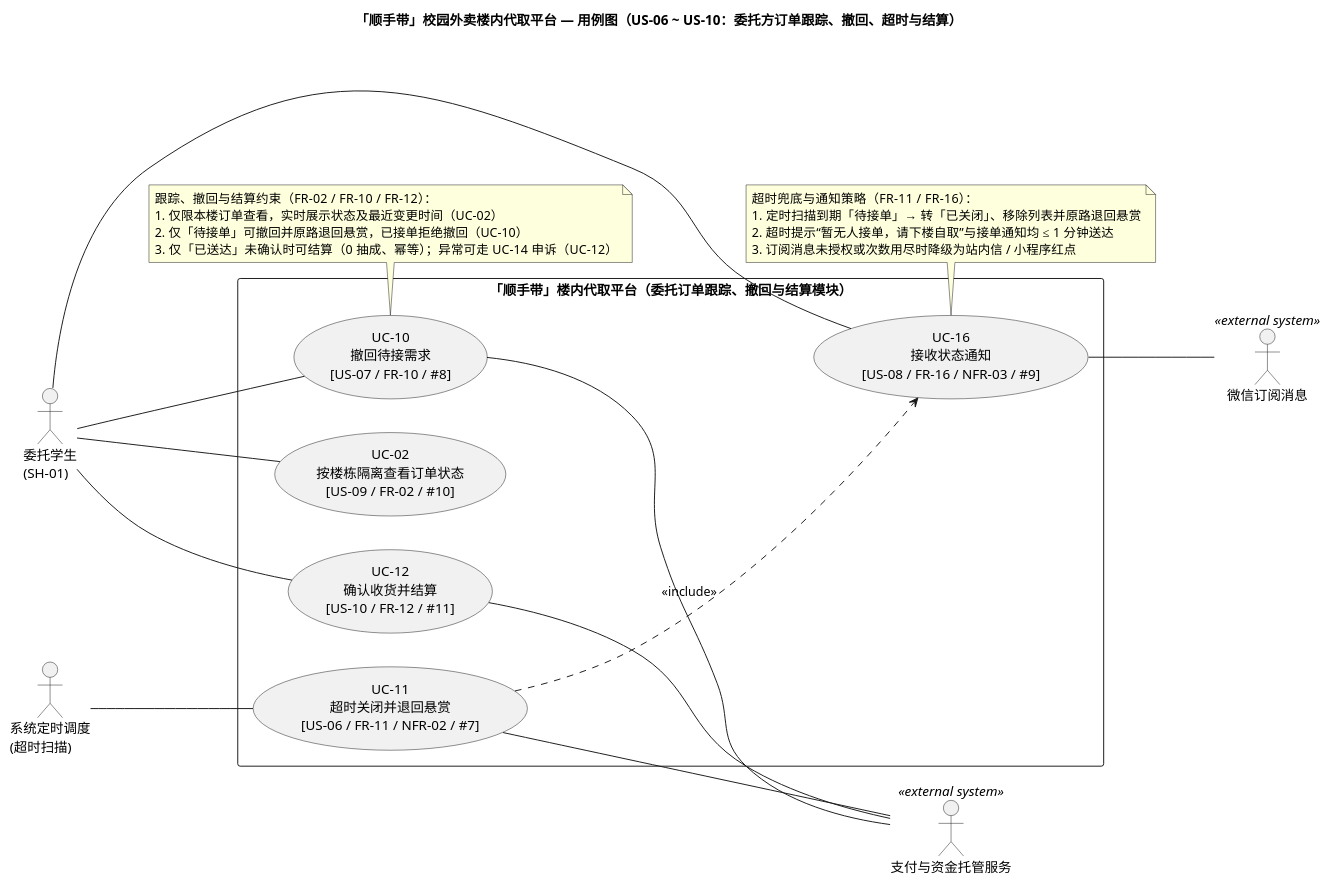
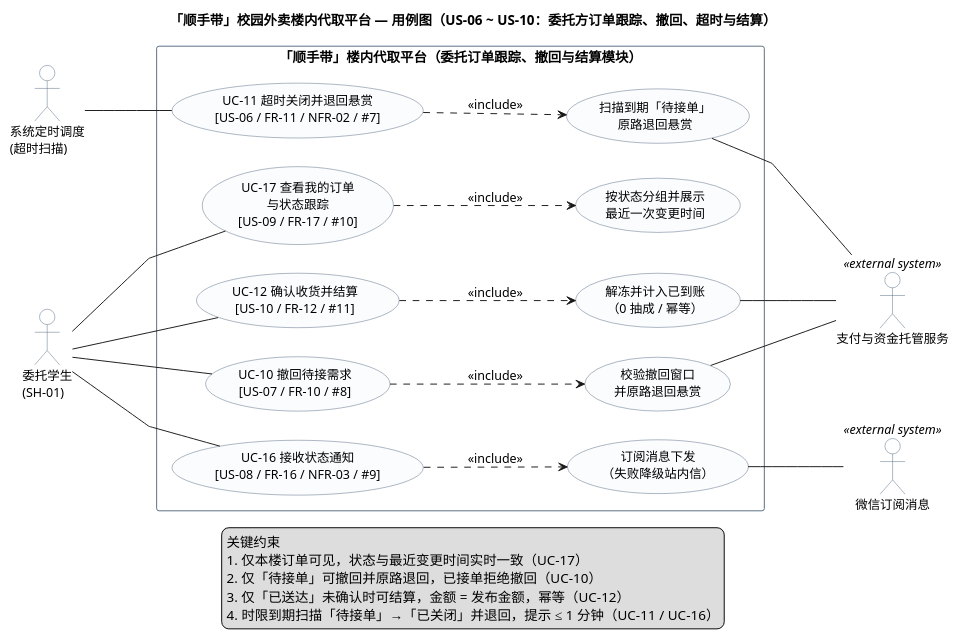
One commit to GreyBlue0122/Software changed the diagram in models/use-case-us06-10.puml. Above: the diagram before and after it, drawn with PlantUML. The commit also changed 4 other files, not shown here.

Commit message:
feat：SRS发布v1.0(具体修改见SRS中描述）；微调了6-10，11-15，16-20，21-22的用例图的布局（原先线条会打架）并更新model中相关文件

```diff
--- a/models/use-case-us06-10.puml
+++ b/models/use-case-us06-10.puml
@@ -1,67 +1,93 @@
 @startuml use-case-us06-10
+' =========================================================
+' 布局原则：严格三列（参与者 → 主用例 → 细化用例/次参与者），
+' 所有连线只连接相邻两列，保证线条水平或短斜线、不交叉。
+' 说明统一放入不带连线的 legend，避免 note 连线横穿画面。
+' =========================================================
 left to right direction
 skinparam packageStyle rectangle
 skinparam shadowing false
+skinparam linetype polyline
+skinparam nodesep 30
+skinparam ranksep 90
+skinparam defaultFontName "Microsoft YaHei"
+skinparam usecase {
+  BackgroundColor #FBFCFE
+  BorderColor #566B80
+  FontSize 13
+}
+skinparam actor {
+  BackgroundColor #FFFFFF
+  BorderColor #566B80
+  FontSize 13
+}
+skinparam rectangle {
+  BorderColor #566B80
+  FontSize 14
+}
 
 title 「顺手带」校园外卖楼内代取平台 — 用例图（US-06 ~ US-10：委托方订单跟踪、撤回、超时与结算）
 
 ' =========================================================
-' 参与者定义（区分主参与者 / 定时触发者 / 次参与者）
+' 参与者：主参与者在左，次参与者在右
 ' =========================================================
 actor "委托学生\n(SH-01)" as Requester
 actor "系统定时调度\n(超时扫描)" as SystemTimer
-
 actor "支付与资金托管服务" as PaymentService <<external system>>
 actor "微信订阅消息" as WeChatNotify <<external system>>
 
 ' =========================================================
-' 系统边界（覆盖委托方订单跟踪、撤回、超时关闭与确认结算模块）
+' 系统边界：第一列主用例，第二列细化用例
 ' =========================================================
 rectangle "「顺手带」楼内代取平台（委托订单跟踪、撤回与结算模块）" {
-  usecase "UC-10\n撤回待接需求\n[US-07 / FR-10 / #8]" as UC10
-  usecase "UC-12\n确认收货并结算\n[US-10 / FR-12 / #11]" as UC12
-  usecase "UC-02\n按楼栋隔离查看订单状态\n[US-09 / FR-02 / #10]" as UC02
-  usecase "UC-11\n超时关闭并退回悬赏\n[US-06 / FR-11 / NFR-02 / #7]" as UC11
-  usecase "UC-16\n接收状态通知\n[US-08 / FR-16 / NFR-03 / #9]" as UC16
+  usecase "UC-11 超时关闭并退回悬赏\n[US-06 / FR-11 / NFR-02 / #7]" as UC11
+  usecase "UC-10 撤回待接需求\n[US-07 / FR-10 / #8]" as UC10
+  usecase "UC-16 接收状态通知\n[US-08 / FR-16 / NFR-03 / #9]" as UC16
+  usecase "UC-17 查看我的订单\n与状态跟踪\n[US-09 / FR-17 / #10]" as UC17
+  usecase "UC-12 确认收货并结算\n[US-10 / FR-12 / #11]" as UC12
+
+  usecase "扫描到期「待接单」\n原路退回悬赏" as UC11_1
+  usecase "校验撤回窗口\n并原路退回悬赏" as UC10_1
+  usecase "订阅消息下发\n（失败降级站内信）" as UC16_1
+  usecase "按状态分组并展示\n最近一次变更时间" as UC17_1
+  usecase "解冻并计入已到账\n（0 抽成 / 幂等）" as UC12_1
 }
 
 ' =========================================================
-' 参与者与用例关联（无向实线）
+' 主参与者与主用例（实线，左 → 右）
 ' =========================================================
+SystemTimer -- UC11
 Requester -- UC10
+Requester -- UC16
+Requester -- UC17
 Requester -- UC12
-Requester -- UC02
-Requester -- UC16
-SystemTimer -- UC11
 
 ' =========================================================
-' 用例间关系（<<include>> 虚线箭头）
+' 主用例与细化用例（include 虚线，主用例 → 细化用例）
 ' =========================================================
-UC11 ..> UC16 : <<include>>
+UC11 ..> UC11_1 : <<include>>
+UC10 ..> UC10_1 : <<include>>
+UC16 ..> UC16_1 : <<include>>
+UC17 ..> UC17_1 : <<include>>
+UC12 ..> UC12_1 : <<include>>
 
 ' =========================================================
-' 次参与者与用例关联（右侧外部系统）
+' 细化用例与次参与者（实线，细化用例 → 次参与者）
 ' =========================================================
-UC10 -- PaymentService
-UC12 -- PaymentService
-UC11 -- PaymentService
-UC16 -- WeChatNotify
+UC11_1 -- PaymentService
+UC10_1 -- PaymentService
+UC12_1 -- PaymentService
+UC16_1 -- WeChatNotify
 
 ' =========================================================
-' 关键前置条件与业务约束注释
+' 业务约束说明（独立图例，不连线）
 ' =========================================================
-note bottom of UC10
-  跟踪、撤回与结算约束（FR-02 / FR-10 / FR-12）：
-  1. 仅限本楼订单查看，实时展示状态及最近变更时间（UC-02）
-  2. 仅「待接单」可撤回并原路退回悬赏，已接单拒绝撤回（UC-10）
-  3. 仅「已送达」未确认时可结算（0 抽成、幂等）；异常可走 UC-14 申诉（UC-12）
-end note
-
-note top of UC16
-  超时兜底与通知策略（FR-11 / FR-16）：
-  1. 定时扫描到期「待接单」→ 转「已关闭」、移除列表并原路退回悬赏
-  2. 超时提示“暂无人接单，请下楼自取”与接单通知均 ≤ 1 分钟送达
-  3. 订阅消息未授权或次数用尽时降级为站内信 / 小程序红点
-end note
+legend bottom
+  关键约束
+  1. 仅本楼订单可见，状态与最近变更时间实时一致（UC-17）
+  2. 仅「待接单」可撤回并原路退回，已接单拒绝撤回（UC-10）
+  3. 仅「已送达」未确认时可结算，金额 = 发布金额，幂等（UC-12）
+  4. 时限到期扫描「待接单」→「已关闭」并退回，提示 ≤ 1 分钟（UC-11 / UC-16）
+endlegend
 
 @enduml
```
